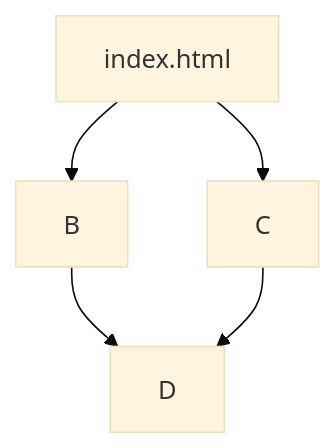
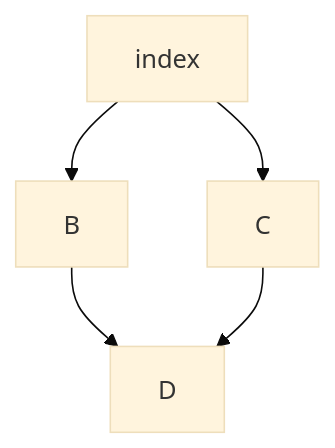
The diagram in README.md (KP-KAZUMA/EXperimental), drawn with Mermaid (base theme) before and after one commit.

````diff
--- a/README.md
+++ b/README.md
@@ -5,8 +5,8 @@
 ```mermaid
   graph TD;
-  A["index.html"]
+  A["index"]
       A-->B;
       A-->C;
       B-->D;
       C-->D;
 ```
````
